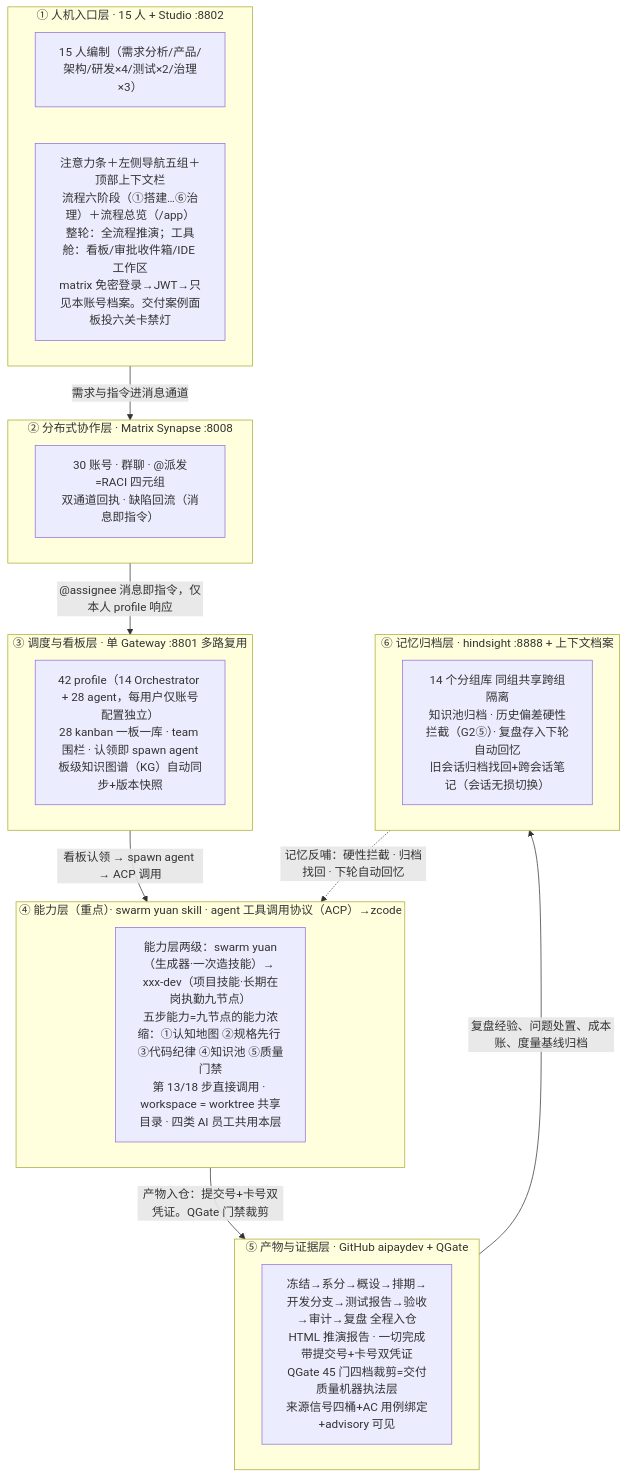
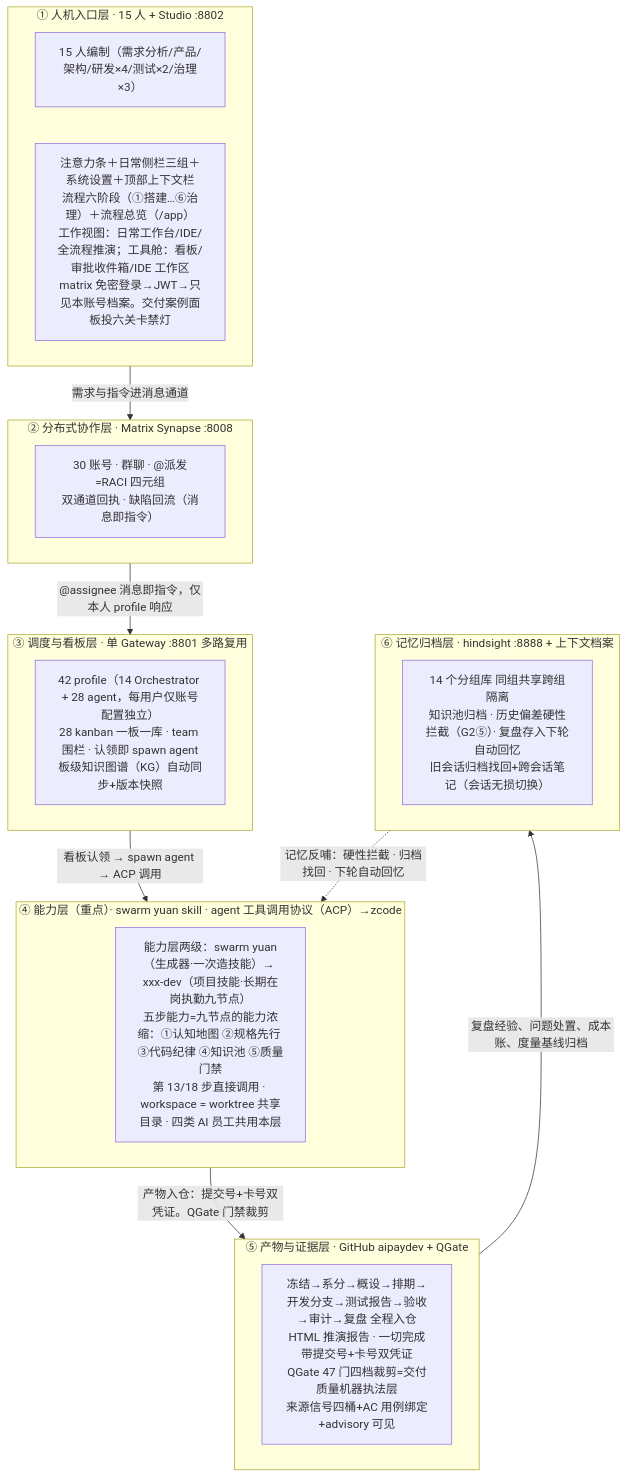
The second of 3 diagrams in docs/superpowers/specs/2026-10-05-mux-v8-fullflow-plan.md (issac-new/AIStudio), drawn with Mermaid before and after one commit. The commit also changed other lines of this file and 2 other files, not shown here.

````diff
--- a/docs/superpowers/specs/2026-10-05-mux-v8-fullflow-plan.md
+++ b/docs/superpowers/specs/2026-10-05-mux-v8-fullflow-plan.md
@@ -363,28 +363,28 @@
 ```mermaid
 graph TB
     subgraph L1["① 人机入口层 · 15 人 + Studio :8802"]
         U["15 人编制（需求分析/产品/架构/研发×4/测试×2/治理×3）"]
-        ST["注意力条＋左侧导航五组＋顶部上下文栏<br/>流程六阶段（①搭建…⑥治理）＋流程总览（/app）<br/>整轮：全流程推演；工具舱：看板/审批收件箱/IDE 工作区<br/>matrix 免密登录→JWT→只见本账号档案。交付案例面板投六关卡禁灯"]
+        ST["注意力条＋日常侧栏三组＋系统设置＋顶部上下文栏<br/>流程六阶段（①搭建…⑥治理）＋流程总览（/app）<br/>工作视图：日常工作台/IDE/全流程推演；工具舱：看板/审批收件箱/IDE 工作区<br/>matrix 免密登录→JWT→只见本账号档案。交付案例面板投六关卡禁灯"]
     end
     subgraph L2["② 分布式协作层 · Matrix Synapse :8008"]
         MX["30 账号 · 群聊 · @派发=RACI 四元组<br/>双通道回执 · 缺陷回流（消息即指令）"]
     end
     subgraph L3["③ 调度与看板层 · 单 Gateway :8801 多路复用"]
         GW["42 profile（14 Orchestrator + 28 agent，每用户仅账号配置独立）<br/>28 kanban 一板一库 · team 围栏 · 认领即 spawn agent<br/>板级知识图谱（KG）自动同步+版本快照"]
     end
     subgraph L4["④ 能力层（重点）· swarm yuan skill · agent 工具调用协议（ACP）→zcode"]
         SK["能力层两级：swarm yuan（生成器·一次造技能）→ xxx-dev（项目技能·长期在岗执勤九节点）<br/>五步能力=九节点的能力浓缩：①认知地图 ②规格先行 ③代码纪律 ④知识池 ⑤质量门禁<br/>第 13/18 步直接调用 · workspace = worktree 共享目录 · 四类 AI 员工共用本层"]
     end
     subgraph L5["⑤ 产物与证据层 · GitHub aipaydev + QGate"]
-        ART["冻结→系分→概设→排期→开发分支→测试报告→验收→审计→复盘 全程入仓<br/>HTML 推演报告 · 一切完成带提交号+卡号双凭证<br/>QGate 45 门四档裁剪=交付质量机器执法层<br/>来源信号四桶+AC 用例绑定+advisory 可见"]
+        ART["冻结→系分→概设→排期→开发分支→测试报告→验收→审计→复盘 全程入仓<br/>HTML 推演报告 · 一切完成带提交号+卡号双凭证<br/>QGate 47 门四档裁剪=交付质量机器执法层<br/>来源信号四桶+AC 用例绑定+advisory 可见"]
     end
     subgraph L6["⑥ 记忆归档层 · hindsight :8888 + 上下文档案"]
         MEM["14 个分组库 同组共享跨组隔离<br/>知识池归档 · 历史偏差硬性拦截（G2⑤）· 复盘存入下轮自动回忆<br/>旧会话归档找回+跨会话笔记（会话无损切换）"]
     end
     L1 -->|"需求与指令进消息通道"| L2
     L2 -->|"@assignee 消息即指令，仅本人 profile 响应"| L3
     L3 -->|"看板认领 → spawn agent → ACP 调用"| L4
     L4 -->|"产物入仓：提交号+卡号双凭证。QGate 门禁裁剪"| L5
     L5 -->|"复盘经验、问题处置、成本账、度量基线归档"| L6
     L6 -.->|"记忆反哺：硬性拦截 · 归档找回 · 下轮自动回忆"| L4
 ```
````
